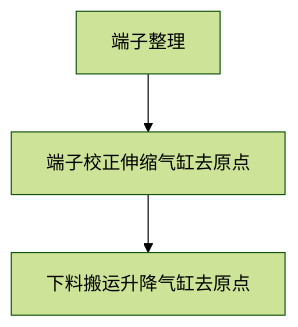
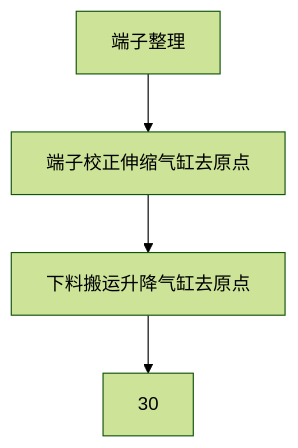
One commit to zmq000/iodraw-files changed the diagram in all/VR-OP90端子整理.md. Above: the diagram before and after it, drawn with Mermaid (forest theme).

Commit message:
2026-06-18 10:59:09 update

````diff
--- a/all/VR-OP90端子整理.md
+++ b/all/VR-OP90端子整理.md
@@ -1,7 +1,9 @@
 ```mermaid
 graph TD
 0[端子整理]-->10
 10[端子校正伸缩气缸去原点]-->20
-20[下料搬运升降气缸去原点]
+20[下料搬运升降气缸去原点]-->30
+30
+
   
 ```
````
